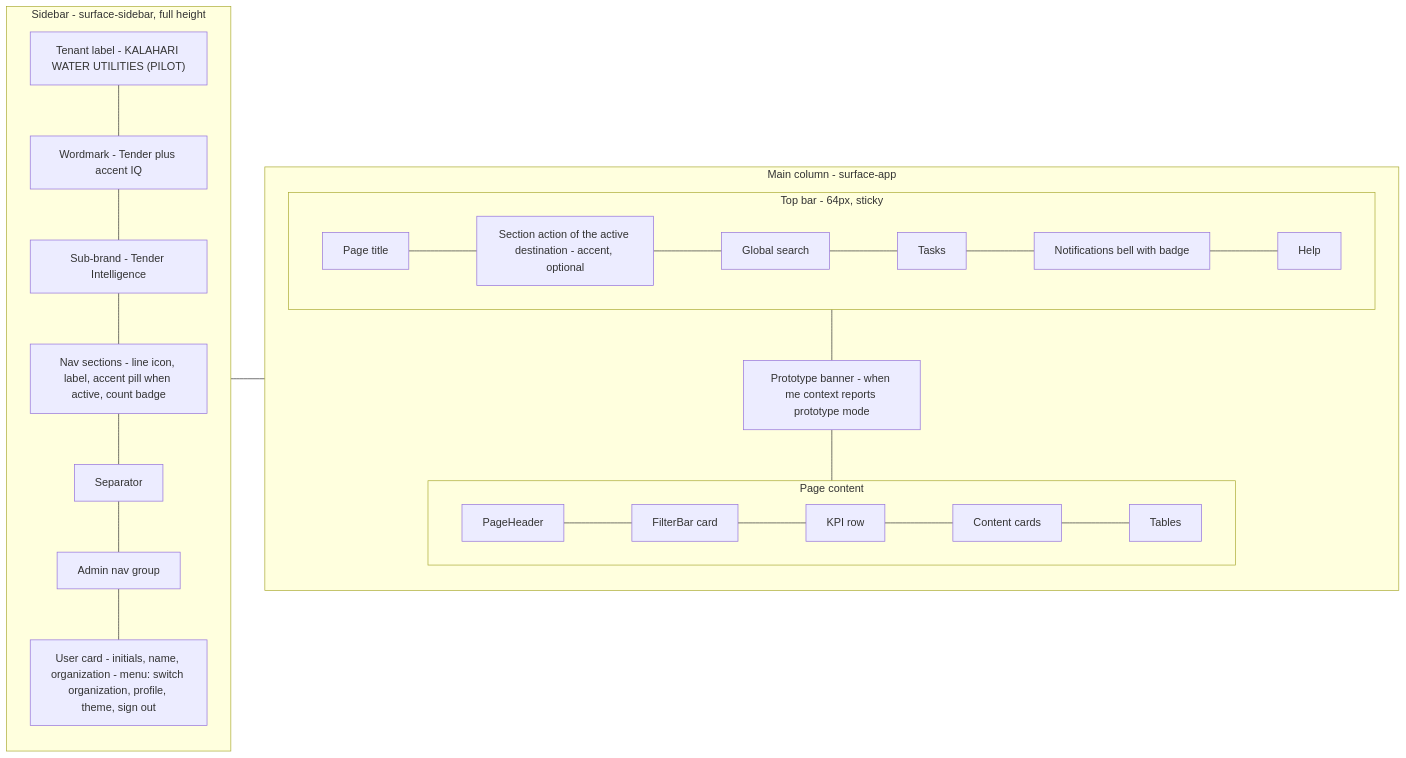
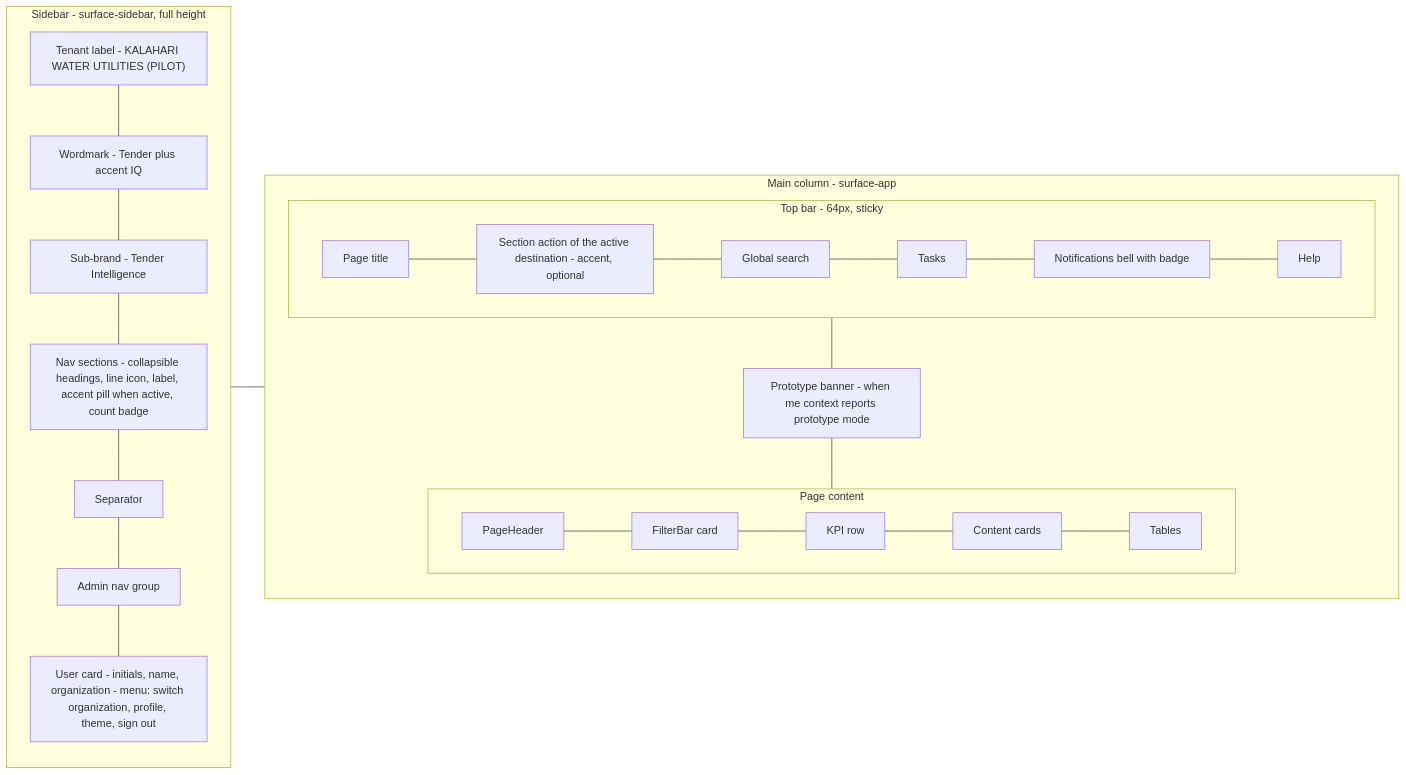
Before and after one commit to wemaketools/tenderiq: the first of 7 diagrams in docs/technical/09-frontend.md, drawn with Mermaid. The commit also changed other lines of this file and 178 other files, not shown here.

First line of the commit message:
feat(shell): collapsible sidebar sections and no duplicate top bar links (DD-48)

````diff
--- a/docs/technical/09-frontend.md
+++ b/docs/technical/09-frontend.md
@@ -209,24 +209,24 @@
 ```mermaid
 flowchart LR
   subgraph SIDEBAR["Sidebar - surface-sidebar, full height"]
     S1["Tenant label - KALAHARI WATER UTILITIES (PILOT)"]
     S2["Wordmark - Tender plus accent IQ"]
     S3["Sub-brand - Tender Intelligence"]
-    S4["Nav sections - line icon, label, accent pill when active, count badge"]
+    S4["Nav sections - collapsible headings, line icon, label, accent pill when active, count badge"]
     S5["Separator"]
     S6["Admin nav group"]
     S7["User card - initials, name, organization - menu: switch organization, profile, theme, sign out"]
     S1 --- S2 --- S3 --- S4 --- S5 --- S6 --- S7
   end
   subgraph MAIN["Main column - surface-app"]
     subgraph TOPBAR["Top bar - 64px, sticky"]
       T1["Page title"] --- T5["Section action of the active destination - accent, optional"] --- T2["Global search"] --- T6["Tasks"] --- T3["Notifications bell with badge"] --- T4["Help"]
     end
     BANNER["Prototype banner - when me context reports prototype mode"]
     subgraph PAGE["Page content"]
       P1["PageHeader"] --- P2["FilterBar card"] --- P3["KPI row"] --- P4["Content cards"] --- P5["Tables"]
     end
     TOPBAR --- BANNER --- PAGE
   end
   SIDEBAR --- MAIN
 ```
````
